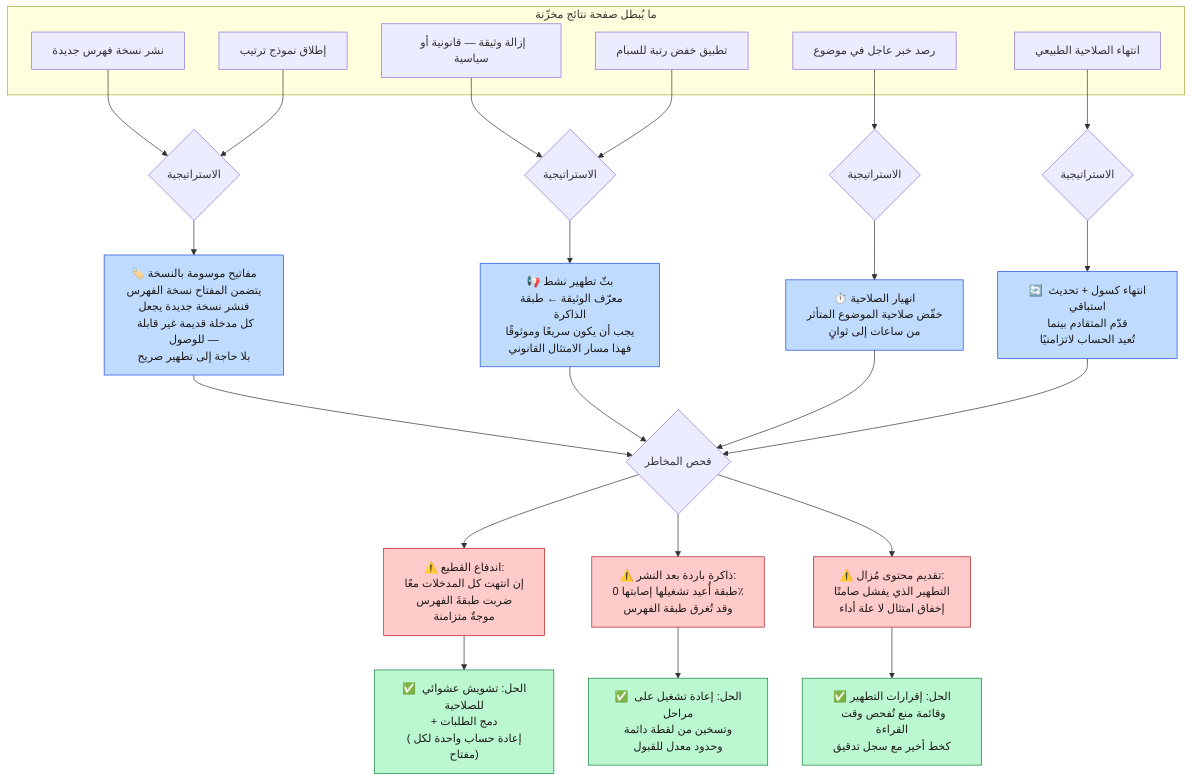
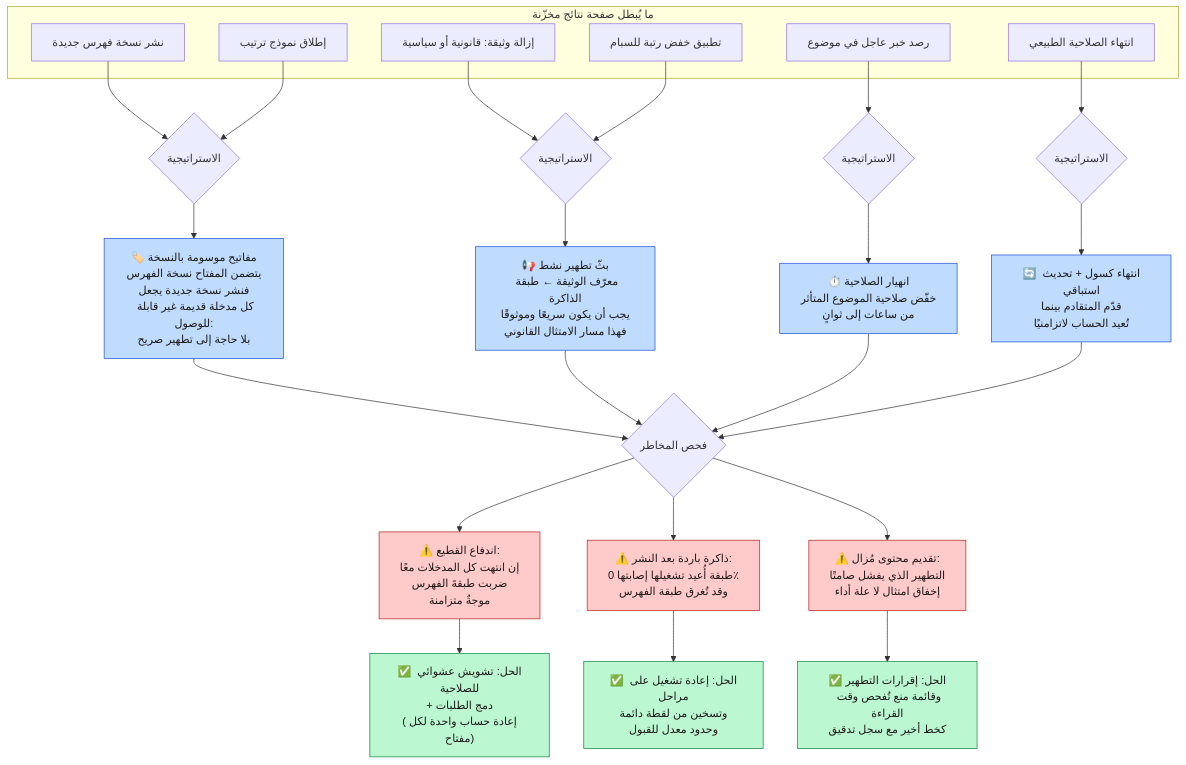
The third of 4 diagrams in docs/ar/10-caching.md (ahmedselimmansor-ctrl/google-search-system-design), drawn with Mermaid before and after one commit. The commit also changed other lines of this file and 89 other files, not shown here.

````diff
--- a/docs/ar/10-caching.md
+++ b/docs/ar/10-caching.md
@@ -137,44 +137,44 @@
 ```mermaid
 flowchart TB
     subgraph TRIGGERS["ما يُبطل صفحة نتائج مخزّنة"]
         E1["نشر نسخة فهرس جديدة"]
-        E2["إزالة وثيقة — قانونية أو سياسية"]
+        E2["إزالة وثيقة: قانونية أو سياسية"]
         E3["رصد خبر عاجل في موضوع"]
         E4["إطلاق نموذج ترتيب"]
         E5["انتهاء الصلاحية الطبيعي"]
         E6["تطبيق خفض رتبة للسبام"]
     end
 
     E1 --> S1{"الاستراتيجية"}
     E2 --> S2{"الاستراتيجية"}
     E3 --> S3{"الاستراتيجية"}
     E4 --> S1
     E5 --> S4{"الاستراتيجية"}
     E6 --> S2
 
-    S1 --> V["🏷️ مفاتيح موسومة بالنسخة<br/>يتضمن المفتاح نسخة الفهرس<br/>فنشر نسخة جديدة يجعل<br/>كل مدخلة قديمة غير قابلة للوصول —<br/>بلا حاجة إلى تطهير صريح"]
+    S1 --> V["🏷️ مفاتيح موسومة بالنسخة<br/>يتضمن المفتاح نسخة الفهرس<br/>فنشر نسخة جديدة يجعل<br/>كل مدخلة قديمة غير قابلة للوصول:<br/>بلا حاجة إلى تطهير صريح"]
 
     S2 --> P["📢 بثّ تطهير نشط<br/>معرّف الوثيقة ← طبقة الذاكرة<br/>يجب أن يكون سريعًا وموثوقًا<br/>فهذا مسار الامتثال القانوني"]
 
     S3 --> T["⏱️ انهيار الصلاحية<br/>خفّض صلاحية الموضوع المتأثر<br/>من ساعات إلى ثوانٍ"]
 
     S4 --> L["🔄 انتهاء كسول + تحديث استباقي<br/>قدّم المتقادم بينما<br/>تُعيد الحساب لاتزامنيًا"]
 
     V & P & T & L --> RISK{"فحص المخاطر"}
 
     RISK --> R1["⚠️ اندفاع القطيع:<br/>إن انتهت كل المدخلات معًا<br/>ضربت طبقةَ الفهرس<br/>موجةٌ متزامنة"]
     R1 --> F1["✅ الحل: تشويش عشوائي للصلاحية<br/>+ دمج الطلبات<br/>(إعادة حساب واحدة لكل مفتاح)"]
 
     RISK --> R2["⚠️ ذاكرة باردة بعد النشر:<br/>طبقة أُعيد تشغيلها إصابتها 0٪<br/>وقد تُغرق طبقة الفهرس"]
     R2 --> F2["✅ الحل: إعادة تشغيل على مراحل<br/>وتسخين من لقطة دائمة<br/>وحدود معدل للقبول"]
 
     RISK --> R3["⚠️ تقديم محتوى مُزال:<br/>التطهير الذي يفشل صامتًا<br/>إخفاق امتثال لا علة أداء"]
     R3 --> F3["✅ الحل: إقرارات التطهير<br/>وقائمة منع تُفحص وقت القراءة<br/>كخط أخير مع سجل تدقيق"]
 
     classDef strat fill:#bfdbfe,stroke:#1d4ed8,color:#1c1917
     classDef risk fill:#fecaca,stroke:#b91c1c,color:#1c1917
     classDef fix fill:#bbf7d0,stroke:#15803d,color:#1c1917
     class V,P,T,L strat
     class R1,R2,R3 risk
     class F1,F2,F3 fix
 ```
````
